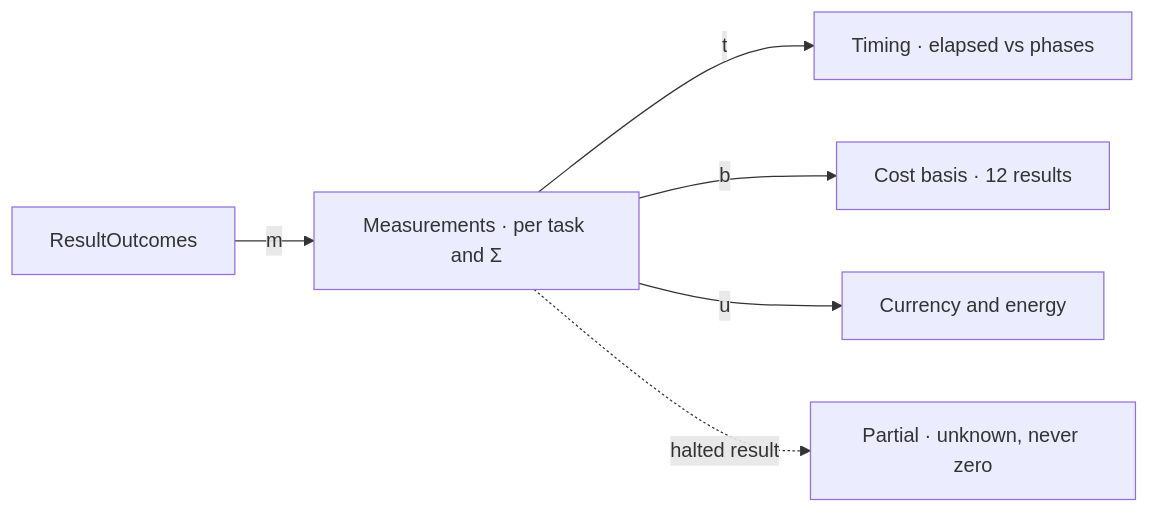
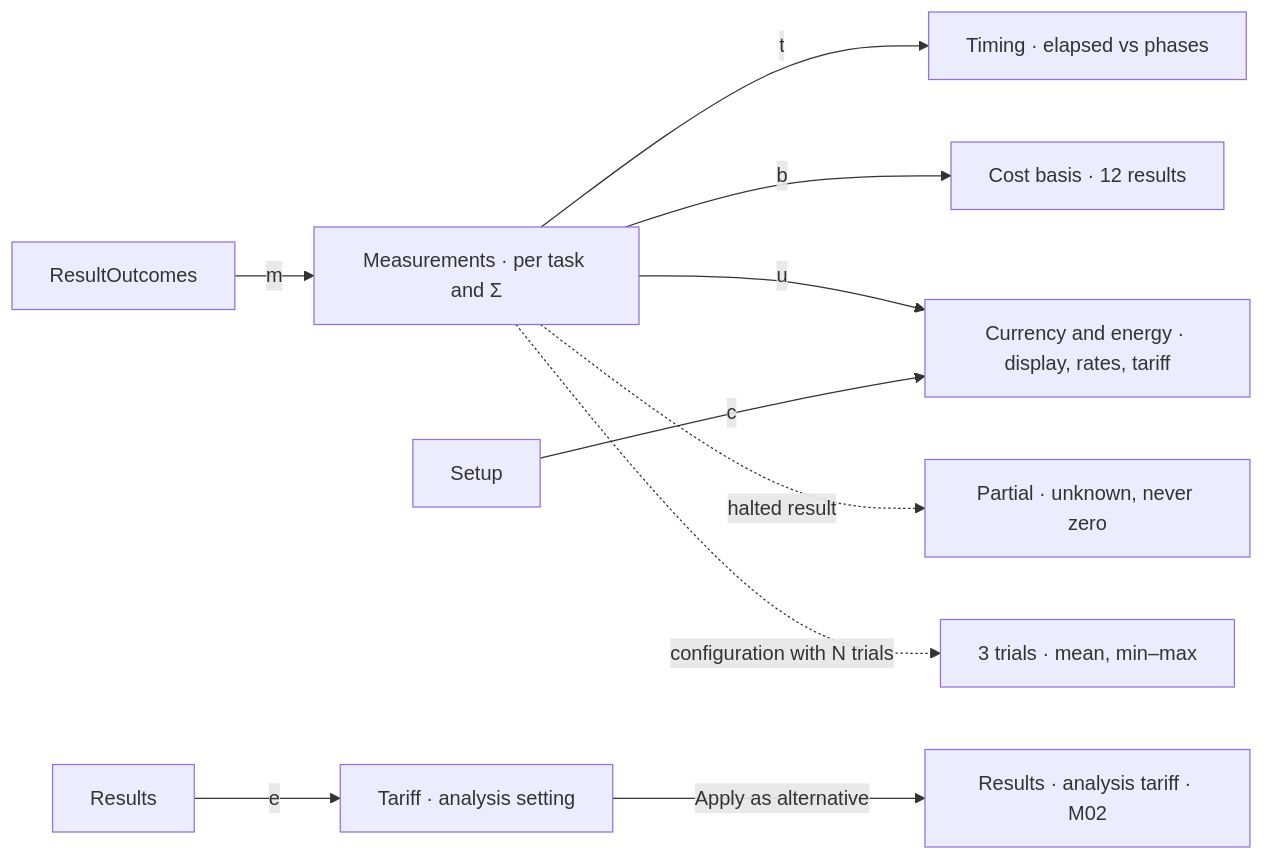
Before and after one commit to AxionomicAI/AxBenchmark: diagram 15 of 23 in spec/design/wireframe-tui/navigation.md, drawn with Mermaid. The commit also changed other lines of this file and 228 other files, not shown here.

````diff
--- a/spec/design/wireframe-tui/navigation.md
+++ b/spec/design/wireframe-tui/navigation.md
@@ -274,8 +326,12 @@
 ```mermaid
 flowchart LR
     ResultOutcomes -->|m| Measurements["Measurements · per task and Σ"]
     Measurements -->|t| TimingPhases["Timing · elapsed vs phases"]
     Measurements -->|b| CostBasis["Cost basis · 12 results"]
-    Measurements -->|u| CurrencyEnergy["Currency and energy"]
+    Measurements -->|u| CurrencyEnergy["Currency and energy · display, rates, tariff"]
     Measurements -.->|halted result| MeasurementsPartial["Partial · unknown, never zero"]
+    Measurements -.->|configuration with N trials| MeasurementsTrials["3 trials · mean, min–max"]
+    Setup -->|c| CurrencyEnergy
+    Results -->|e| TariffAnalysis["Tariff · analysis setting"]
+    TariffAnalysis -->|Apply as alternative| ResultsAnalysisTariff["Results · analysis tariff · M02"]
 ```
````
